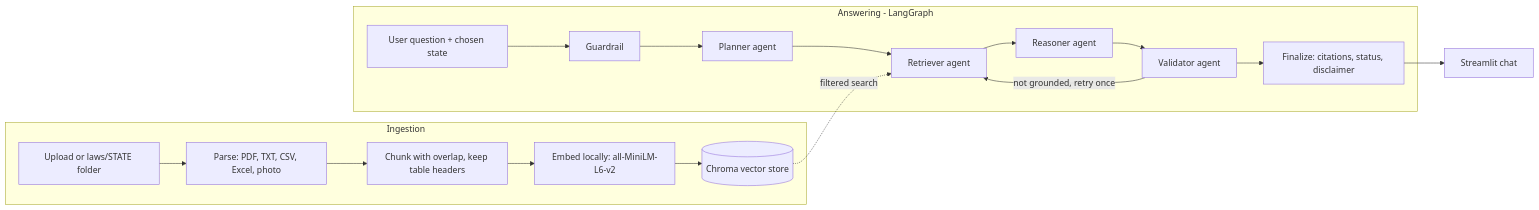
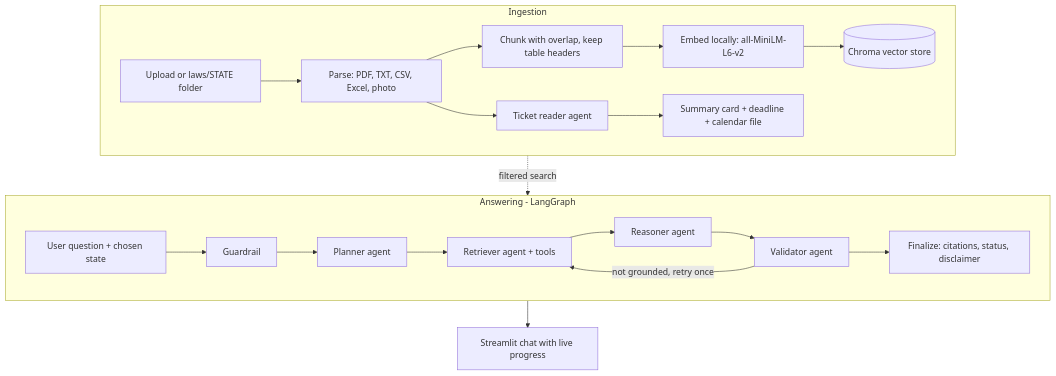
The diagram in docs/DOCUMENTATION.md (kannandevarajgit-coder/traffic-ticket-explainer), drawn with Mermaid before and after one commit. The commit also changed other lines of this file and 25 other files, not shown here.

````diff
--- a/docs/DOCUMENTATION.md
+++ b/docs/DOCUMENTATION.md
@@ -73,20 +98,24 @@
 ```mermaid
-flowchart LR
+flowchart TB
     subgraph Ingestion
+        direction LR
         U[Upload or laws/STATE folder] --> P[Parse: PDF, TXT, CSV, Excel, photo]
         P --> C[Chunk with overlap, keep table headers]
         C --> E[Embed locally: all-MiniLM-L6-v2]
         E --> V[(Chroma vector store)]
+        P --> T[Ticket reader agent]
+        T --> S[Summary card + deadline + calendar file]
     end
     subgraph Answering [Answering - LangGraph]
+        direction LR
         Q[User question + chosen state] --> G[Guardrail]
         G --> PL[Planner agent]
-        PL --> R[Retriever agent]
+        PL --> R[Retriever agent + tools]
         V -. filtered search .-> R
         R --> RE[Reasoner agent]
         RE --> VA[Validator agent]
         VA -- not grounded, retry once --> R
         VA --> F[Finalize: citations, status, disclaimer]
     end
-    F --> UI[Streamlit chat]
+    F --> UI[Streamlit chat with live progress]
 ```
````
